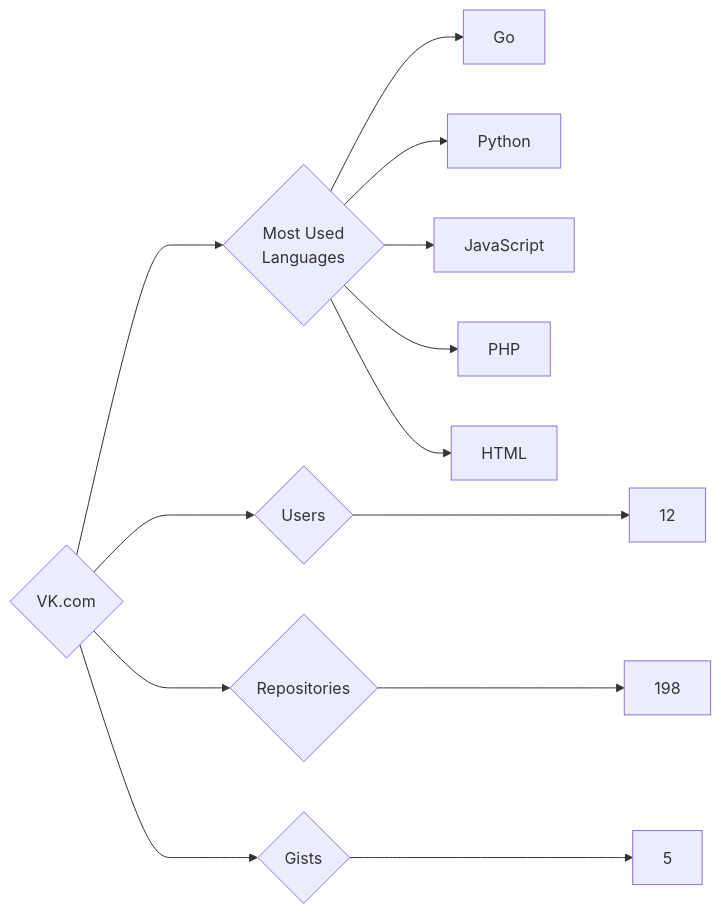
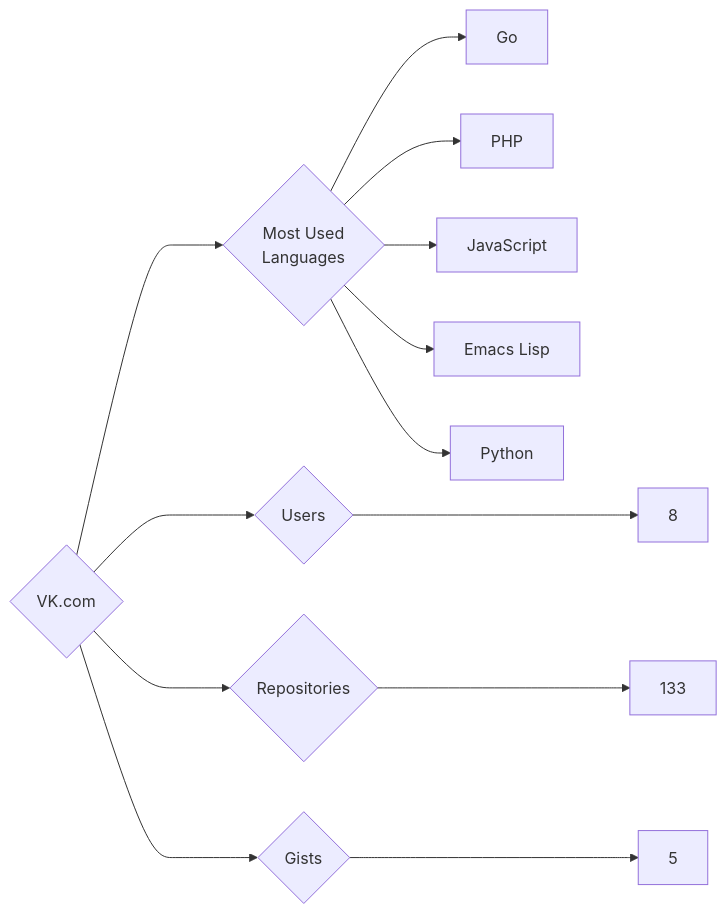
Before and after one commit to trickest/insiders: the diagram in targets/VK.com/README.md, drawn with Mermaid. The commit also changed 682 other files, not shown here.

````diff
--- a/targets/VK.com/README.md
+++ b/targets/VK.com/README.md
@@ -3,13 +3,13 @@
 ```mermaid
 graph LR
 COMPANY_NAME{VK.com}
-COMPANY_NAME ---> U{Users} ---> UN[12]
-COMPANY_NAME ---> R{Repositories} ---> RN[198]
+COMPANY_NAME ---> U{Users} ---> UN[8]
+COMPANY_NAME ---> R{Repositories} ---> RN[133]
 COMPANY_NAME ---> G{Gists} ---> GN[5]
 COMPANY_NAME ---> ML{Most Used<br>Languages}
 ML --> Go[Go]
+ML --> PHP[PHP]
+ML --> JavaScript[JavaScript]
+ML --> Emacs_Lisp[Emacs Lisp]
 ML --> Python[Python]
-ML --> JavaScript[JavaScript]
-ML --> PHP[PHP]
-ML --> HTML[HTML]
 ```
````
